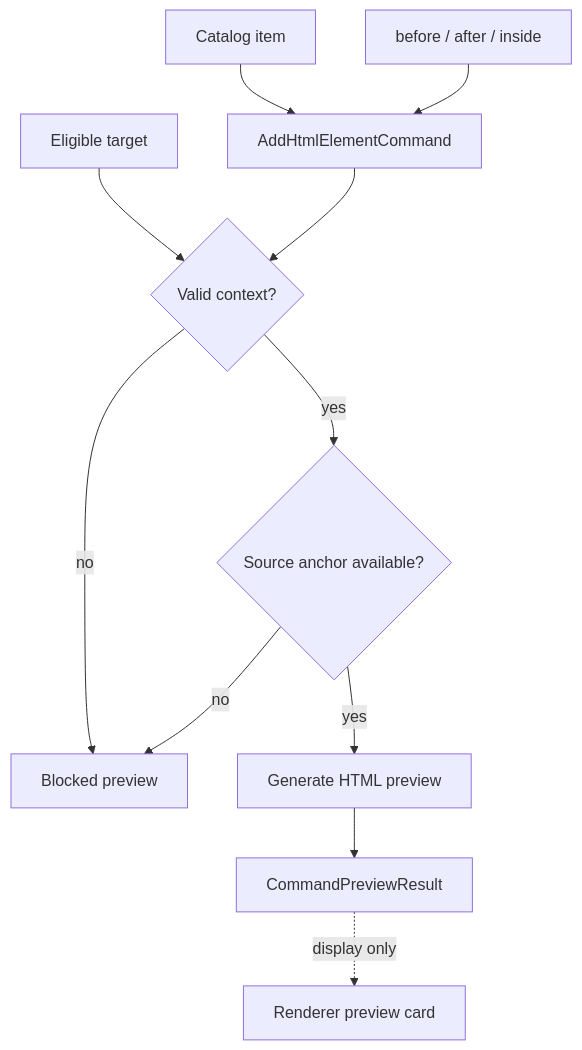
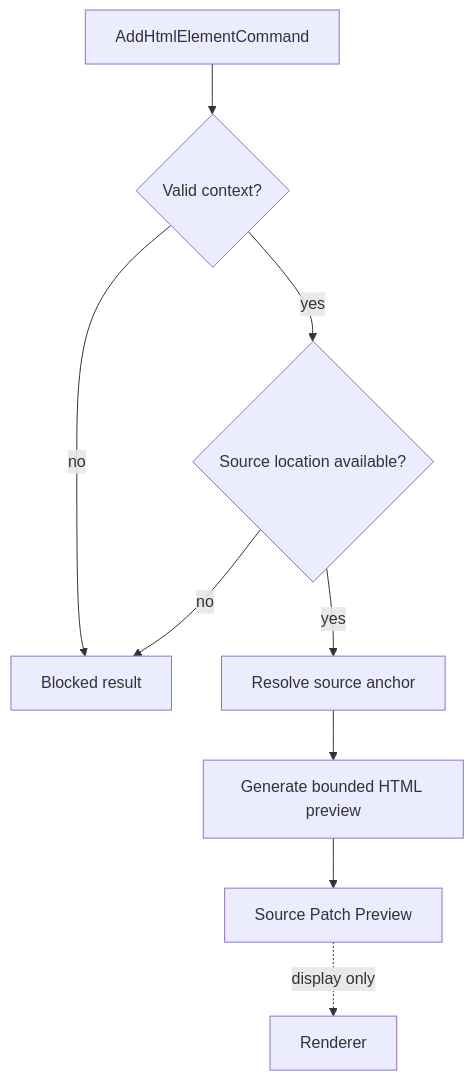
One commit to krestosa/Crystal changed the diagram in docs/architecture/commands/html-insertion-preview-planner.md. Above: the diagram before and after it, drawn with Mermaid. The commit also changed other lines of this file and 60 other files, not shown here.

````diff
--- a/docs/architecture/commands/html-insertion-preview-planner.md
+++ b/docs/architecture/commands/html-insertion-preview-planner.md
@@ -66,13 +47,11 @@
 ```mermaid
 flowchart TD
-  Item[Catalog item] --> Command[AddHtmlElementCommand]
-  Mode[before / after / inside] --> Command
-  Target[Eligible target] --> Validate{Valid context?}
-  Command --> Validate
-  Validate -->|no| Blocked[Blocked preview]
-  Validate -->|yes| Anchor{Source anchor available?}
-  Anchor -->|yes| Snippet[Generate HTML preview]
-  Anchor -->|no| Blocked
-  Snippet --> Result[CommandPreviewResult]
-  Result -. display only .-> Renderer[Renderer preview card]
+  Command[AddHtmlElementCommand] --> Validate{Valid context?}
+  Validate -->|no| Blocked[Blocked result]
+  Validate -->|yes| Location{Source location available?}
+  Location -->|no| Blocked
+  Location -->|yes| Anchor[Resolve source anchor]
+  Anchor --> Snippet[Generate bounded HTML preview]
+  Snippet --> Result[Source Patch Preview]
+  Result -. display only .-> UI[Renderer]
 ```
````
